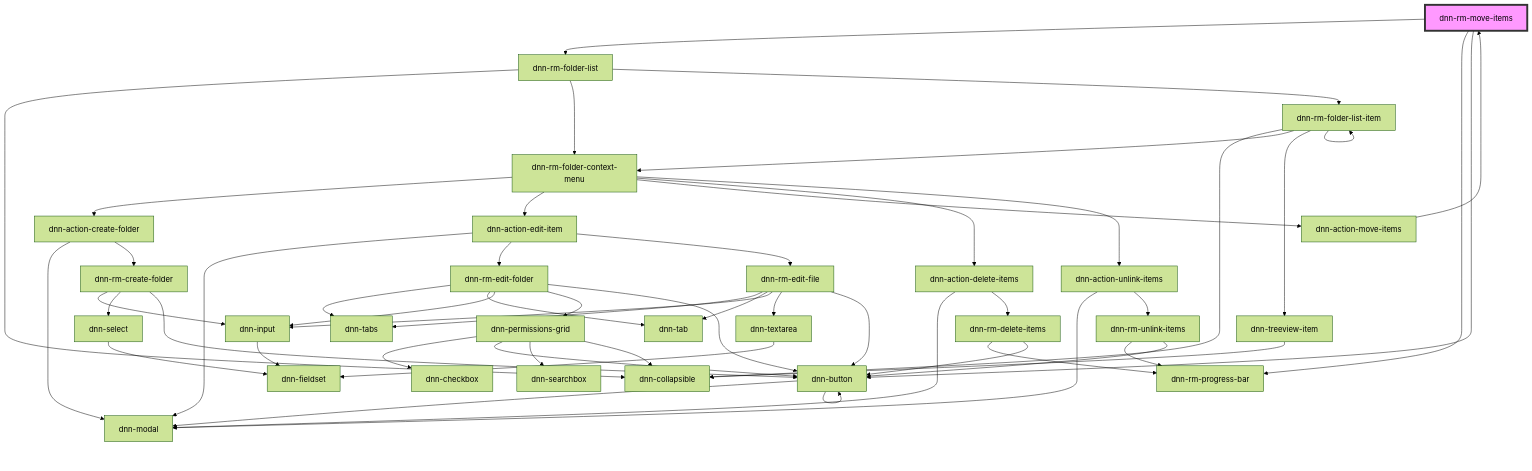
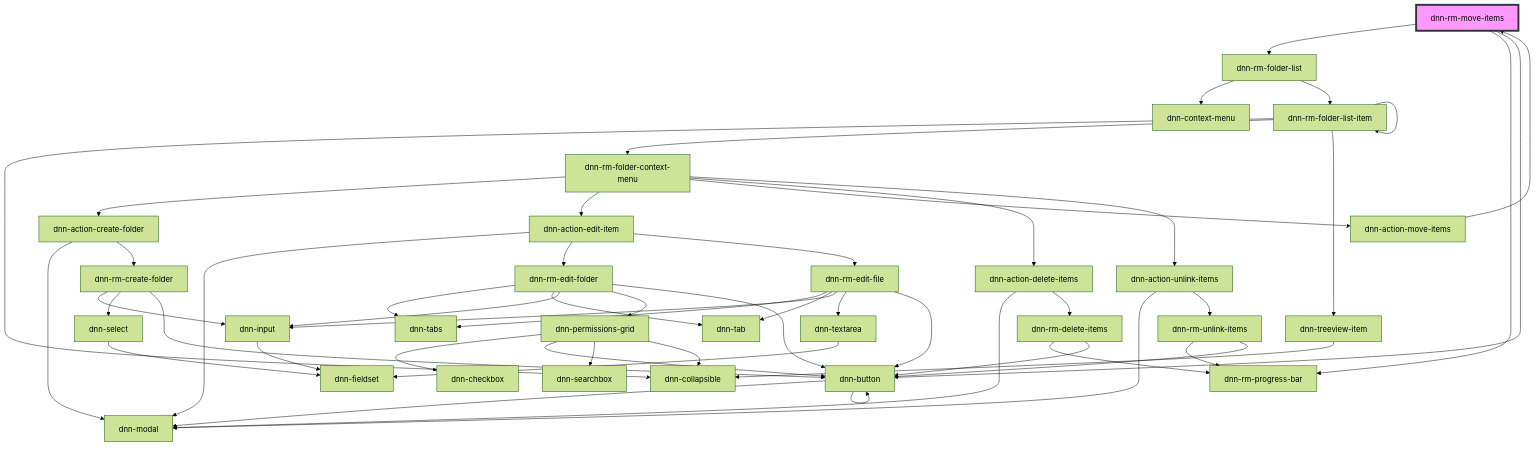
One commit to CodeLogicIncEngineering/Dnn.Platform changed the diagram in DNN Platform/Modules/ResourceManager/ResourceManager.Web/src/components/dnn-rm-move-items/readme.md. Above: the diagram before and after it, drawn with Mermaid (forest theme). The commit also changed 20 other files, not shown here.

````diff
--- a/DNN Platform/Modules/ResourceManager/ResourceManager.Web/src/components/dnn-rm-move-items/readme.md
+++ b/DNN Platform/Modules/ResourceManager/ResourceManager.Web/src/components/dnn-rm-move-items/readme.md
@@ -35,56 +35,55 @@
 ```mermaid
 graph TD;
   dnn-rm-move-items --> dnn-rm-folder-list
   dnn-rm-move-items --> dnn-rm-progress-bar
   dnn-rm-move-items --> dnn-button
-  dnn-rm-folder-list --> dnn-collapsible
-  dnn-rm-folder-list --> dnn-rm-folder-context-menu
+  dnn-rm-folder-list --> dnn-context-menu
   dnn-rm-folder-list --> dnn-rm-folder-list-item
+  dnn-rm-folder-list-item --> dnn-collapsible
+  dnn-rm-folder-list-item --> dnn-rm-folder-context-menu
+  dnn-rm-folder-list-item --> dnn-treeview-item
+  dnn-rm-folder-list-item --> dnn-rm-folder-list-item
   dnn-rm-folder-context-menu --> dnn-action-create-folder
   dnn-rm-folder-context-menu --> dnn-action-edit-item
   dnn-rm-folder-context-menu --> dnn-action-move-items
   dnn-rm-folder-context-menu --> dnn-action-delete-items
   dnn-rm-folder-context-menu --> dnn-action-unlink-items
   dnn-action-create-folder --> dnn-modal
   dnn-action-create-folder --> dnn-rm-create-folder
   dnn-rm-create-folder --> dnn-input
   dnn-rm-create-folder --> dnn-select
   dnn-rm-create-folder --> dnn-button
   dnn-input --> dnn-fieldset
   dnn-select --> dnn-fieldset
   dnn-button --> dnn-modal
   dnn-button --> dnn-button
   dnn-action-edit-item --> dnn-modal
   dnn-action-edit-item --> dnn-rm-edit-folder
   dnn-action-edit-item --> dnn-rm-edit-file
   dnn-rm-edit-folder --> dnn-tabs
   dnn-rm-edit-folder --> dnn-tab
   dnn-rm-edit-folder --> dnn-input
   dnn-rm-edit-folder --> dnn-permissions-grid
   dnn-rm-edit-folder --> dnn-button
   dnn-permissions-grid --> dnn-checkbox
   dnn-permissions-grid --> dnn-button
   dnn-permissions-grid --> dnn-searchbox
   dnn-permissions-grid --> dnn-collapsible
   dnn-rm-edit-file --> dnn-tabs
   dnn-rm-edit-file --> dnn-tab
   dnn-rm-edit-file --> dnn-input
   dnn-rm-edit-file --> dnn-textarea
   dnn-rm-edit-file --> dnn-button
   dnn-textarea --> dnn-fieldset
   dnn-action-move-items --> dnn-rm-move-items
   dnn-action-delete-items --> dnn-modal
   dnn-action-delete-items --> dnn-rm-delete-items
   dnn-rm-delete-items --> dnn-rm-progress-bar
   dnn-rm-delete-items --> dnn-button
   dnn-action-unlink-items --> dnn-modal
   dnn-action-unlink-items --> dnn-rm-unlink-items
   dnn-rm-unlink-items --> dnn-rm-progress-bar
   dnn-rm-unlink-items --> dnn-button
-  dnn-rm-folder-list-item --> dnn-collapsible
-  dnn-rm-folder-list-item --> dnn-rm-folder-context-menu
-  dnn-rm-folder-list-item --> dnn-treeview-item
-  dnn-rm-folder-list-item --> dnn-rm-folder-list-item
   dnn-treeview-item --> dnn-collapsible
   style dnn-rm-move-items fill:#f9f,stroke:#333,stroke-width:4px
 ```
````
